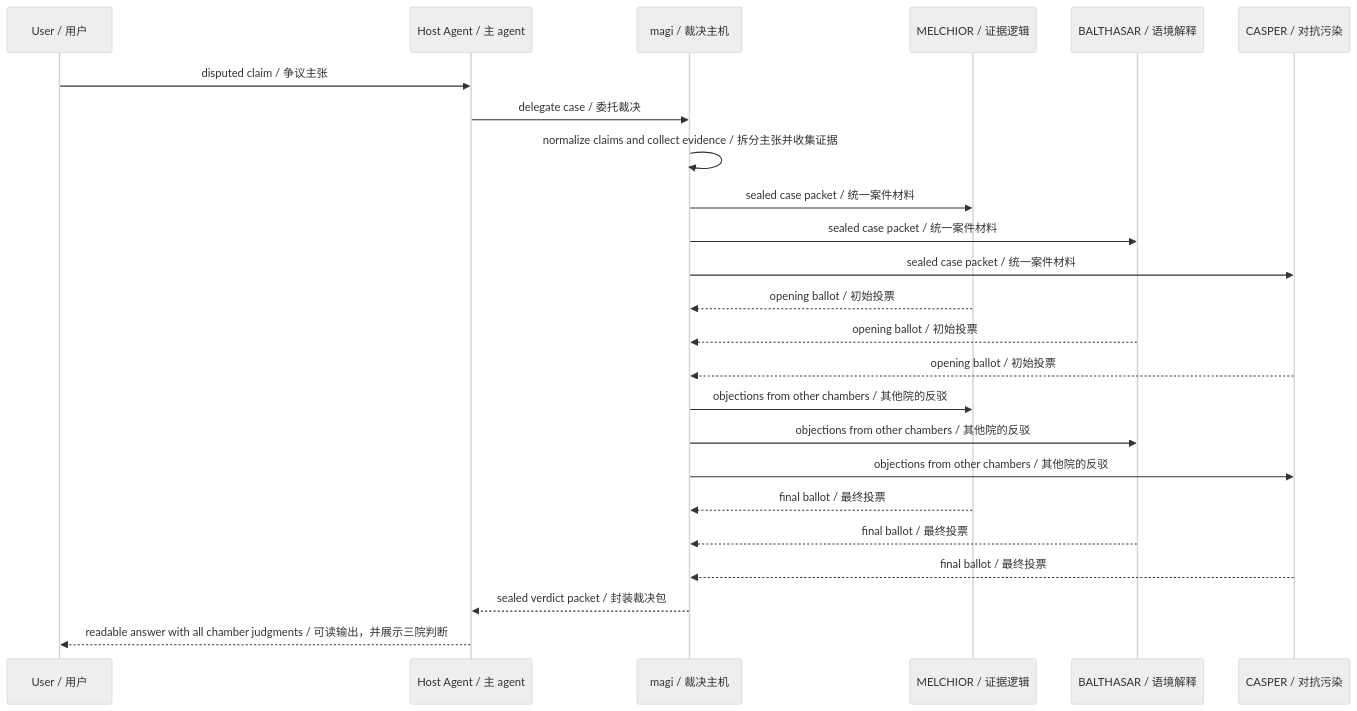
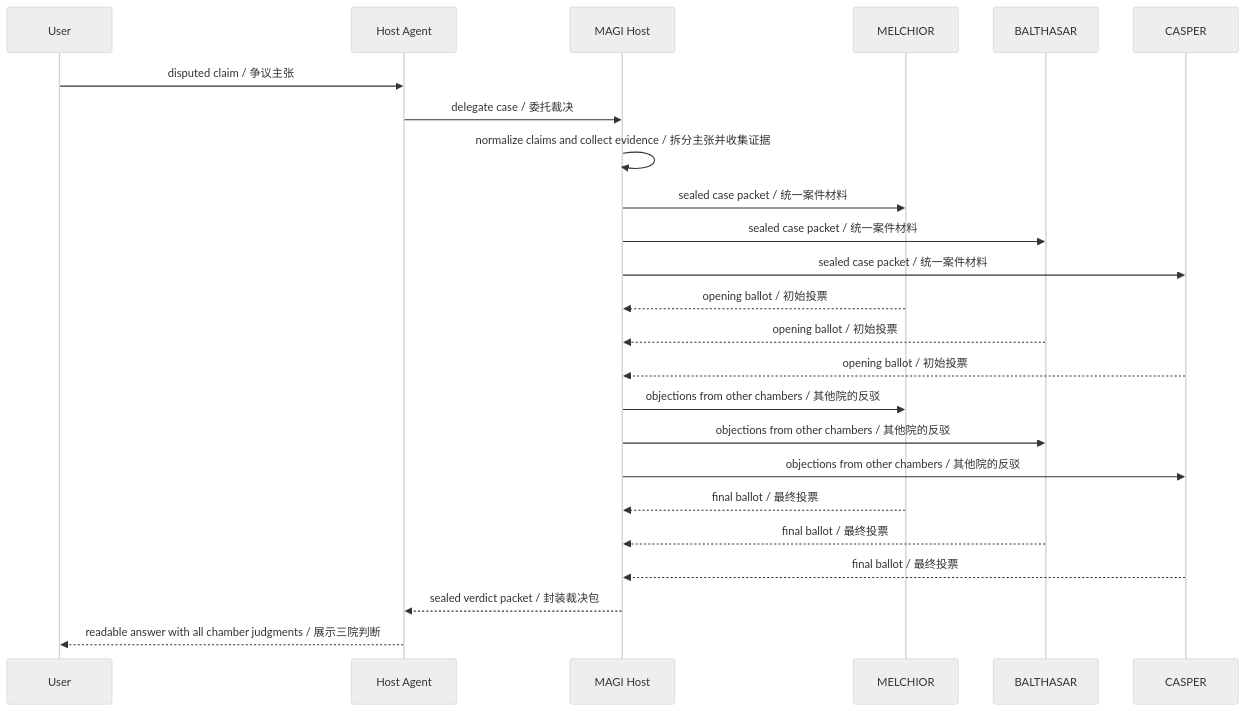
One commit to LagrangeNSS/openclaw-magi-tribunal changed the third of 3 diagrams in README.md. Above: the diagram before and after it, drawn with Mermaid (neutral theme). The commit also changed other lines of this file, not shown here.

````diff
--- a/README.md
+++ b/README.md
@@ -108,27 +108,27 @@
 ```mermaid
 sequenceDiagram
-    participant User as User / 用户
-    participant Host as Host Agent / 主 agent
-    participant MAGI as magi / 裁决主机
-    participant M as MELCHIOR / 证据逻辑
-    participant B as BALTHASAR / 语境解释
-    participant C as CASPER / 对抗污染
+    participant U as User
+    participant H as Host Agent
+    participant G as MAGI Host
+    participant M as MELCHIOR
+    participant B as BALTHASAR
+    participant C as CASPER
 
-    User->>Host: disputed claim / 争议主张
-    Host->>MAGI: delegate case / 委托裁决
-    MAGI->>MAGI: normalize claims and collect evidence / 拆分主张并收集证据
-    MAGI->>M: sealed case packet / 统一案件材料
-    MAGI->>B: sealed case packet / 统一案件材料
-    MAGI->>C: sealed case packet / 统一案件材料
-    M-->>MAGI: opening ballot / 初始投票
-    B-->>MAGI: opening ballot / 初始投票
-    C-->>MAGI: opening ballot / 初始投票
-    MAGI->>M: objections from other chambers / 其他院的反驳
-    MAGI->>B: objections from other chambers / 其他院的反驳
-    MAGI->>C: objections from other chambers / 其他院的反驳
-    M-->>MAGI: final ballot / 最终投票
-    B-->>MAGI: final ballot / 最终投票
-    C-->>MAGI: final ballot / 最终投票
-    MAGI-->>Host: sealed verdict packet / 封装裁决包
-    Host-->>User: readable answer with all chamber judgments / 可读输出，并展示三院判断
+    U->>H: disputed claim / 争议主张
+    H->>G: delegate case / 委托裁决
+    G->>G: normalize claims and collect evidence / 拆分主张并收集证据
+    G->>M: sealed case packet / 统一案件材料
+    G->>B: sealed case packet / 统一案件材料
+    G->>C: sealed case packet / 统一案件材料
+    M-->>G: opening ballot / 初始投票
+    B-->>G: opening ballot / 初始投票
+    C-->>G: opening ballot / 初始投票
+    G->>M: objections from other chambers / 其他院的反驳
+    G->>B: objections from other chambers / 其他院的反驳
+    G->>C: objections from other chambers / 其他院的反驳
+    M-->>G: final ballot / 最终投票
+    B-->>G: final ballot / 最终投票
+    C-->>G: final ballot / 最终投票
+    G-->>H: sealed verdict packet / 封装裁决包
+    H-->>U: readable answer with all chamber judgments / 展示三院判断
 ```
````
